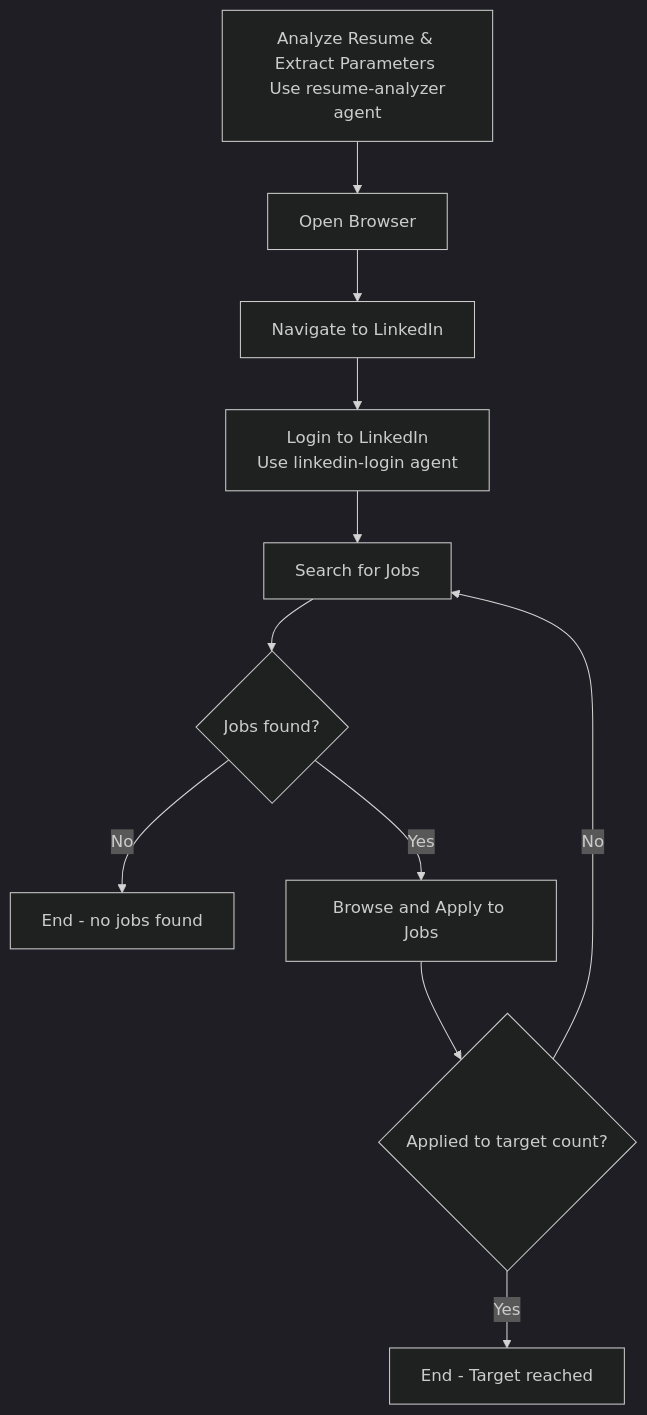
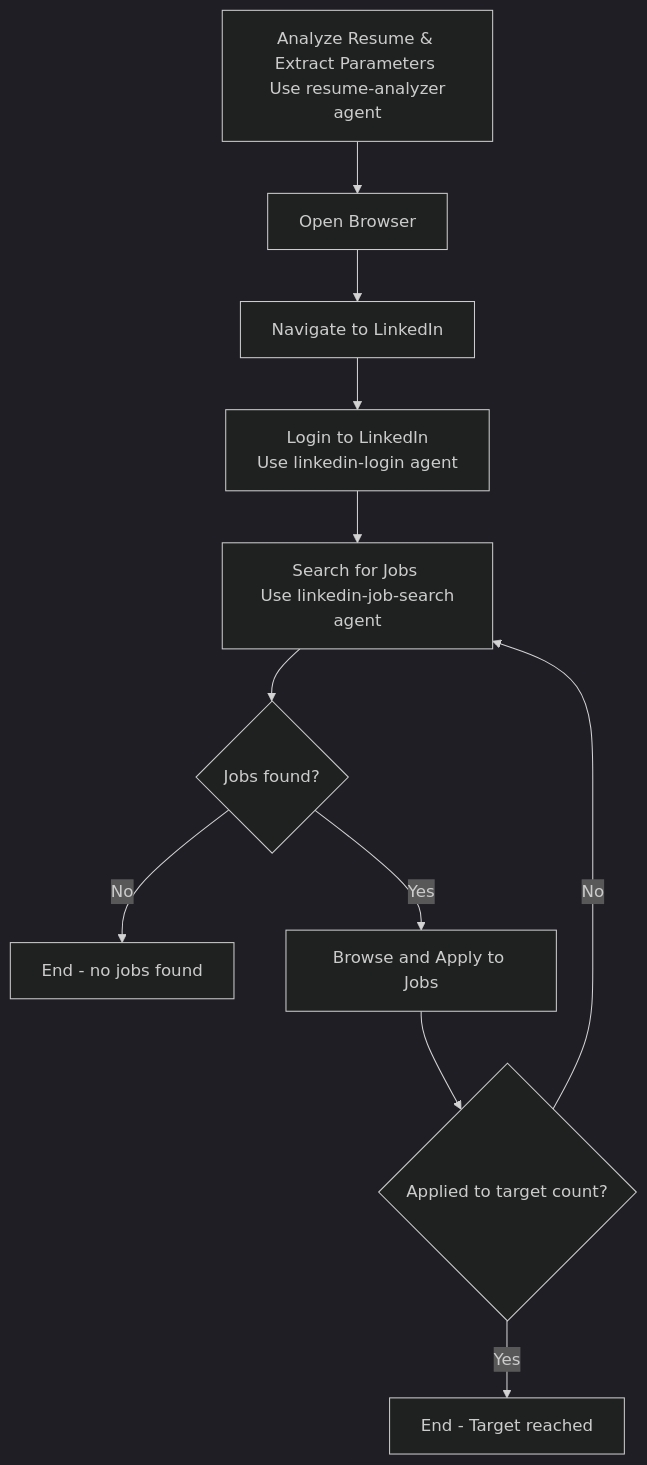
The diagram in .claude/commands/linkedin-jobs.md (o2alexanderfedin/linkedin-job-automation), drawn with Mermaid (dark theme) before and after one commit. The commit also changed 1 other file, not shown here.

````diff
--- a/.claude/commands/linkedin-jobs.md
+++ b/.claude/commands/linkedin-jobs.md
@@ -41,13 +41,13 @@
 ```mermaid
 flowchart TD
     A["Analyze Resume & Extract Parameters <br/> Use resume-analyzer agent"] --> B[Open Browser]
     B --> C[Navigate to LinkedIn]
     C --> D["Login to LinkedIn <br/> Use linkedin-login agent"]
-    D --> E[Search for Jobs]
+    D --> E["Search for Jobs <br/> Use linkedin-job-search agent"]
     E --> F{Jobs found?}
     F -->|No| G[End - no jobs found]
     F -->|Yes| H[Browse and Apply to Jobs]
     H --> I{Applied to target count?}
     I -->|No| E
     I -->|Yes| J[End - Target reached]
 ```
````
